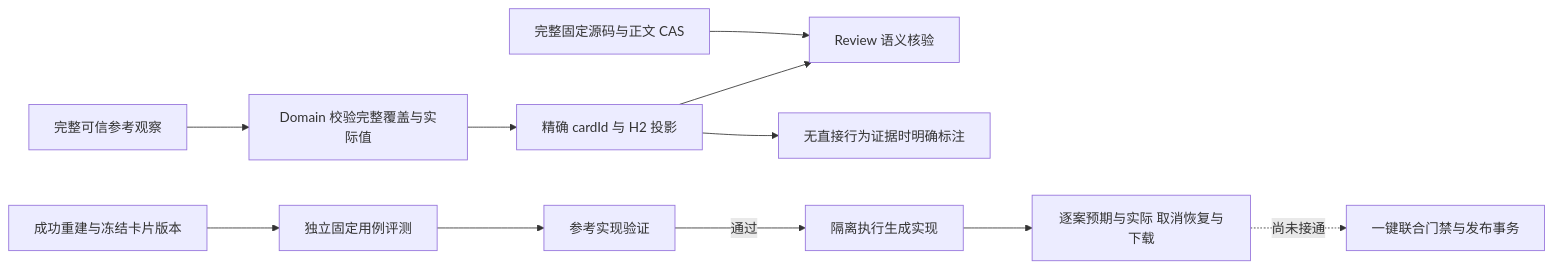
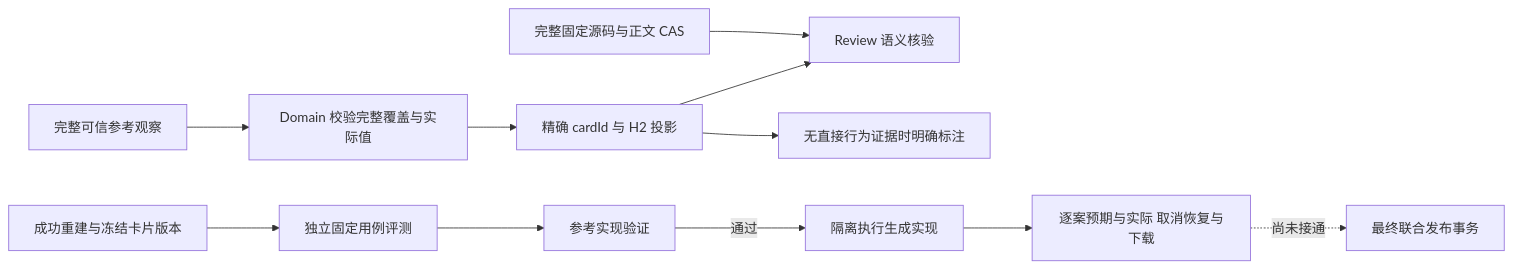
Before and after one commit to linlisWorkTeam/domain-knowledge: diagram 14 of 14 in docs/diagrams/Views4Plus1.md, drawn with Mermaid. The commit also changed other lines of this file and 18 other files, not shown here.

````diff
--- a/docs/diagrams/Views4Plus1.md
+++ b/docs/diagrams/Views4Plus1.md
@@ -329,13 +331,13 @@
 ```mermaid
 flowchart LR
   Oracle[完整可信参考观察] --> Validate[Domain 校验完整覆盖与实际值]
   Validate --> Project[精确 cardId 与 H2 投影]
   Project --> Review[Review 语义核验]
   Source[完整固定源码与正文 CAS] --> Review
   Project --> Empty[无直接行为证据时明确标注]
   FrozenCode[成功重建与冻结卡片版本] --> Fixed[独立固定用例评测]
   Fixed --> Reference[参考实现验证]
   Reference -->|通过| Generated[隔离执行生成实现]
   Generated --> Detail[逐案预期与实际 取消恢复与下载]
-  Detail -.尚未接通.-> Publication[一键联合门禁与发布事务]
+  Detail -.尚未接通.-> Publication[最终联合发布事务]
 ```
````
